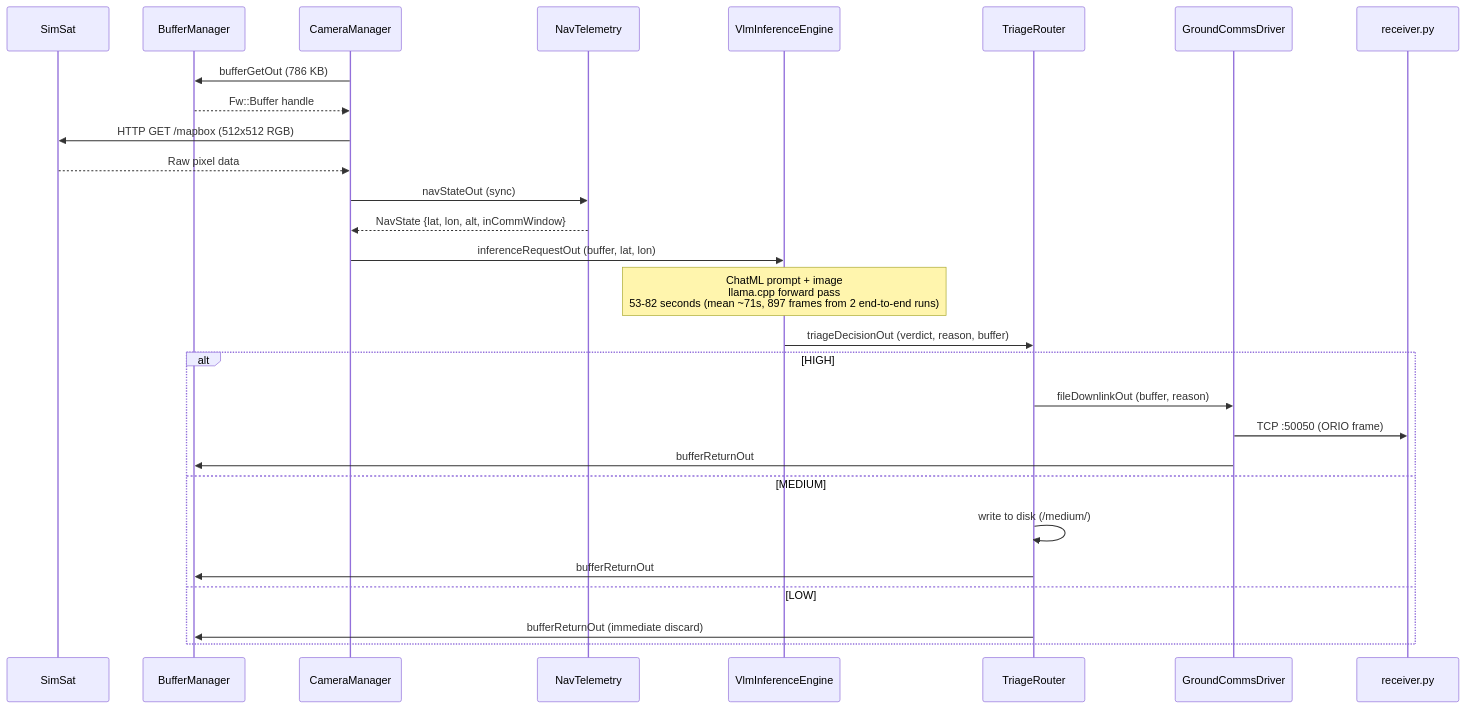
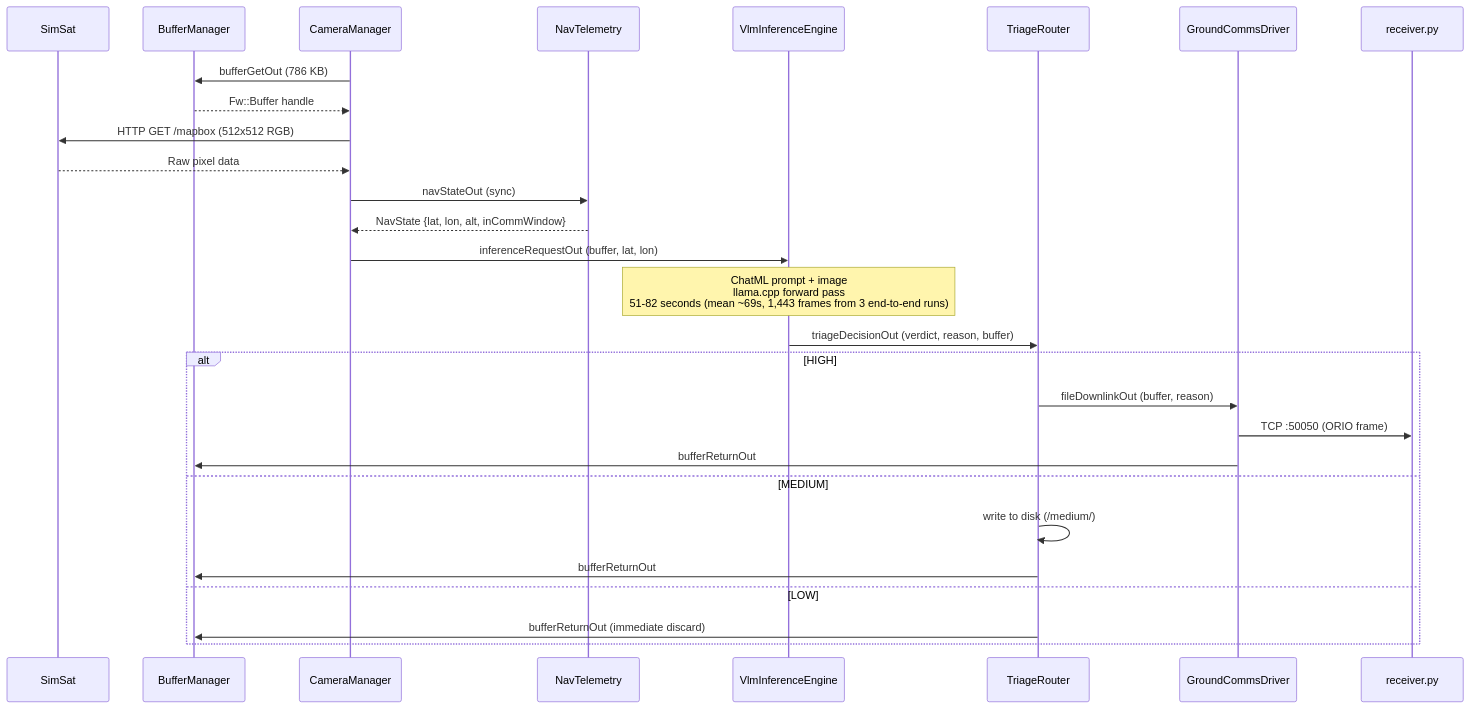
One commit to Saransh-cpp/ORION changed the first of 3 diagrams in docs/architecture/data-flow.md. Above: the diagram before and after it, drawn with Mermaid. The commit also changed 7 other files, not shown here.

````diff
--- a/docs/architecture/data-flow.md
+++ b/docs/architecture/data-flow.md
@@ -7,34 +7,34 @@
 ```mermaid
 sequenceDiagram
     participant SS as SimSat
     participant BM as BufferManager
     participant CM as CameraManager
     participant NT as NavTelemetry
     participant VLM as VlmInferenceEngine
     participant TR as TriageRouter
     participant GCD as GroundCommsDriver
     participant RX as receiver.py
 
     CM->>BM: bufferGetOut (786 KB)
     BM-->>CM: Fw::Buffer handle
     CM->>SS: HTTP GET /mapbox (512x512 RGB)
     SS-->>CM: Raw pixel data
     CM->>NT: navStateOut (sync)
     NT-->>CM: NavState {lat, lon, alt, inCommWindow}
     CM->>VLM: inferenceRequestOut (buffer, lat, lon)
 
-    Note over VLM: ChatML prompt + image<br/>llama.cpp forward pass<br/>53-82 seconds (mean ~71s, 897 frames from 2 end-to-end runs)
+    Note over VLM: ChatML prompt + image<br/>llama.cpp forward pass<br/>51-82 seconds (mean ~69s, 1,443 frames from 3 end-to-end runs)
 
     VLM->>TR: triageDecisionOut (verdict, reason, buffer)
 
     alt HIGH
         TR->>GCD: fileDownlinkOut (buffer, reason)
         GCD->>RX: TCP :50050 (ORIO frame)
         GCD->>BM: bufferReturnOut
     else MEDIUM
         TR->>TR: write to disk (/medium/)
         TR->>BM: bufferReturnOut
     else LOW
         TR->>BM: bufferReturnOut (immediate discard)
     end
 ```
````
